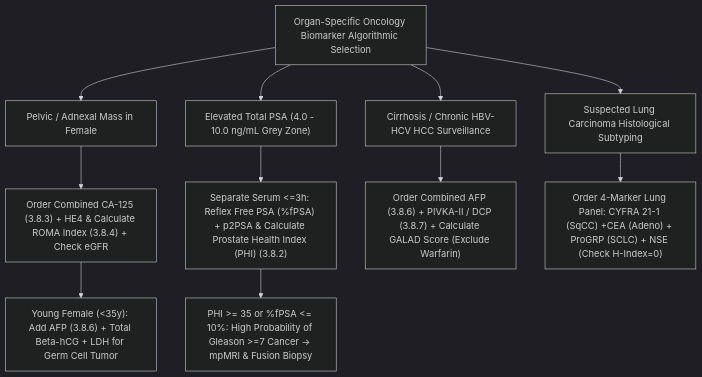
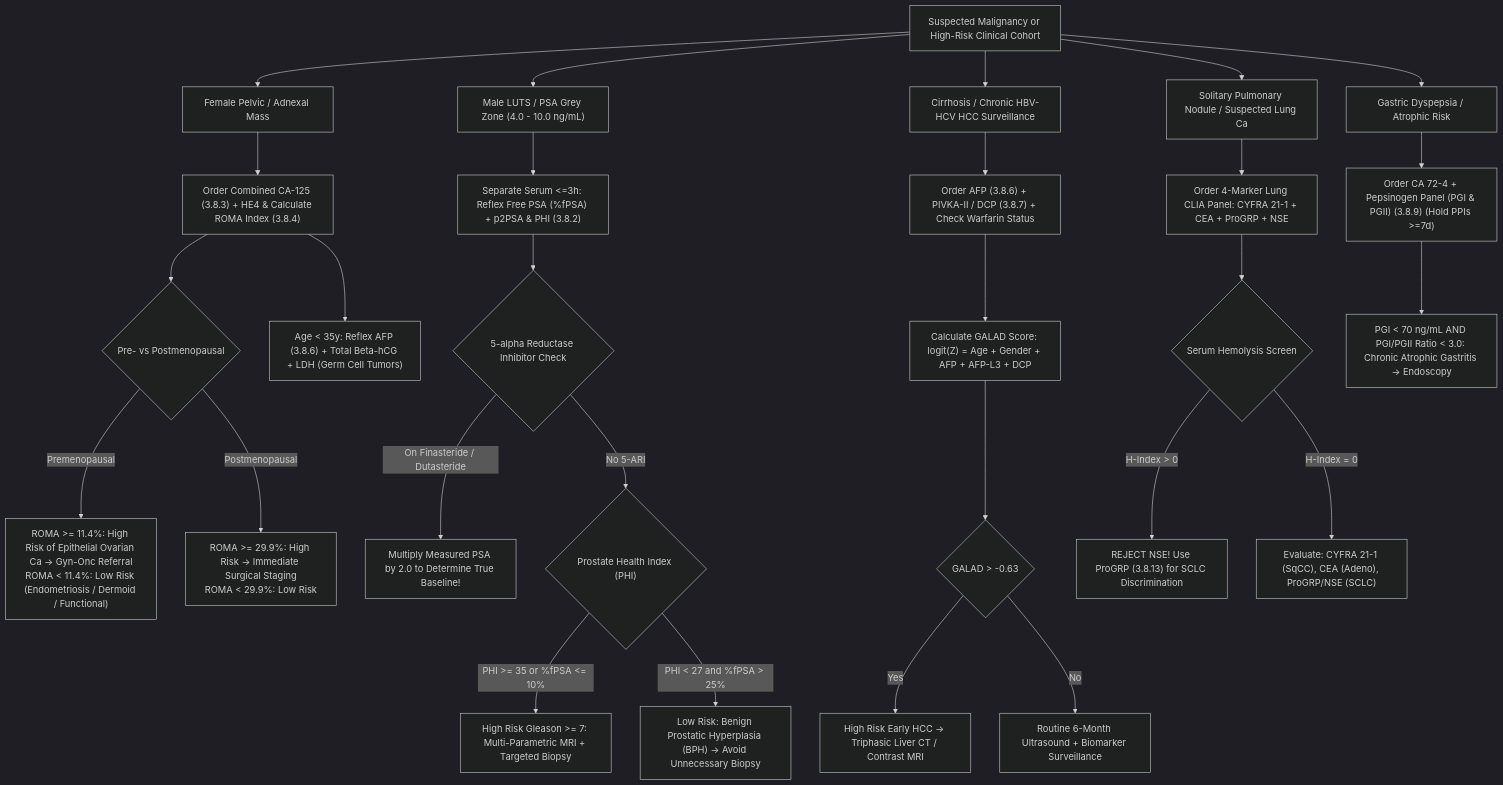
The diagram in 03_Immunoassay_Endocrinology_and_Nutrients/3.8_Oncology_Tumor_Markers_CLIA_Cluster.md (sawariyadiagnostic/references-and-interpretations), drawn with Mermaid (dark theme) before and after one commit. The commit also changed other lines of this file and 4 other files, not shown here.

````diff
--- a/03_Immunoassay_Endocrinology_and_Nutrients/3.8_Oncology_Tumor_Markers_CLIA_Cluster.md
+++ b/03_Immunoassay_Endocrinology_and_Nutrients/3.8_Oncology_Tumor_Markers_CLIA_Cluster.md
@@ -58,17 +202,35 @@
 ```mermaid
 flowchart TD
-    A["Organ-Specific Oncology Biomarker Algorithmic Selection"] --> B["Pelvic / Adnexal Mass in Female"]
-    A --> C["Elevated Total PSA (4.0 - 10.0 ng/mL Grey Zone)"]
+    A["Suspected Malignancy or High-Risk Clinical Cohort"] --> B["Female Pelvic / Adnexal Mass"]
+    A --> C["Male LUTS / PSA Grey Zone (4.0 - 10.0 ng/mL)"]
     A --> D["Cirrhosis / Chronic HBV-HCV HCC Surveillance"]
-    A --> E["Suspected Lung Carcinoma Histological Subtyping"]
+    A --> E["Solitary Pulmonary Nodule / Suspected Lung Ca"]
+    A --> F["Gastric Dyspepsia / Atrophic Risk"]
 
-    B --> B1["Order Combined CA-125 (3.8.3) + HE4 & Calculate ROMA Index (3.8.4) + Check eGFR"]
-    B1 --> B2["Young Female (<35y): Add AFP (3.8.6) + Total Beta-hCG + LDH for Germ Cell Tumor"]
+    B --> B1["Order Combined CA-125 (3.8.3) + HE4 & Calculate ROMA Index (3.8.4)"]
+    B1 --> B2{"Pre- vs Postmenopausal"}
+    B2 -- "Premenopausal" --> B3["ROMA >= 11.4%: High Risk of Epithelial Ovarian Ca -> Gyn-Onc Referral<br>ROMA < 11.4%: Low Risk (Endometriosis / Dermoid / Functional)"]
+    B2 -- "Postmenopausal" --> B4["ROMA >= 29.9%: High Risk -> Immediate Surgical Staging<br>ROMA < 29.9%: Low Risk"]
+    B1 --> B5["Age < 35y: Reflex AFP (3.8.6) + Total Beta-hCG + LDH (Germ Cell Tumors)"]
 
-    C --> C1["Separate Serum <=3h: Reflex Free PSA (%fPSA) + p2PSA & Calculate Prostate Health Index (PHI) (3.8.2)"]
-    C1 --> C2["PHI >= 35 or %fPSA <= 10%: High Probability of Gleason >=7 Cancer -> mpMRI & Fusion Biopsy"]
+    C --> C1["Separate Serum <=3h: Reflex Free PSA (%fPSA) + p2PSA & PHI (3.8.2)"]
+    C1 --> C2{"5-alpha Reductase Inhibitor Check"}
+    C2 -- "On Finasteride / Dutasteride" --> C3["Multiply Measured PSA by 2.0 to Determine True Baseline!"]
+    C2 -- "No 5-ARI" --> C4{"Prostate Health Index (PHI)"}
+    C4 -- "PHI >= 35 or %fPSA <= 10%" --> C5["High Risk Gleason >= 7: Multi-Parametric MRI + Targeted Biopsy"]
+    C4 -- "PHI < 27 and %fPSA > 25%" --> C6["Low Risk: Benign Prostatic Hyperplasia (BPH) -> Avoid Unnecessary Biopsy"]
 
-    D --> D1["Order Combined AFP (3.8.6) + PIVKA-II / DCP (3.8.7) + Calculate GALAD Score (Exclude Warfarin)"]
+    D --> D1["Order AFP (3.8.6) + PIVKA-II / DCP (3.8.7) + Check Warfarin Status"]
+    D1 --> D2["Calculate GALAD Score: logit(Z) = Age + Gender + AFP + AFP-L3 + DCP"]
+    D2 --> D3{"GALAD > -0.63"}
+    D3 -- "Yes" --> D4["High Risk Early HCC -> Triphasic Liver CT / Contrast MRI"]
+    D3 -- "No" --> D5["Routine 6-Month Ultrasound + Biomarker Surveillance"]
 
-    E --> E1["Order 4-Marker Lung Panel: CYFRA 21-1 (SqCC) +CEA (Adeno) + ProGRP (SCLC) + NSE (Check H-Index=0)"]
+    E --> E1["Order 4-Marker Lung CLIA Panel: CYFRA 21-1 + CEA + ProGRP + NSE"]
+    E1 --> E2{"Serum Hemolysis Screen"}
+    E2 -- "H-Index > 0" --> E3["REJECT NSE! Use ProGRP (3.8.13) for SCLC Discrimination"]
+    E2 -- "H-Index = 0" --> E4["Evaluate: CYFRA 21-1 (SqCC), CEA (Adeno), ProGRP/NSE (SCLC)"]
+
+    F --> F1["Order CA 72-4 + Pepsinogen Panel (PGI & PGII) (3.8.9) (Hold PPIs >=7d)"]
+    F1 --> F2["PGI < 70 ng/mL AND PGI/PGII Ratio < 3.0: Chronic Atrophic Gastritis -> Endoscopy"]
 ```
````
